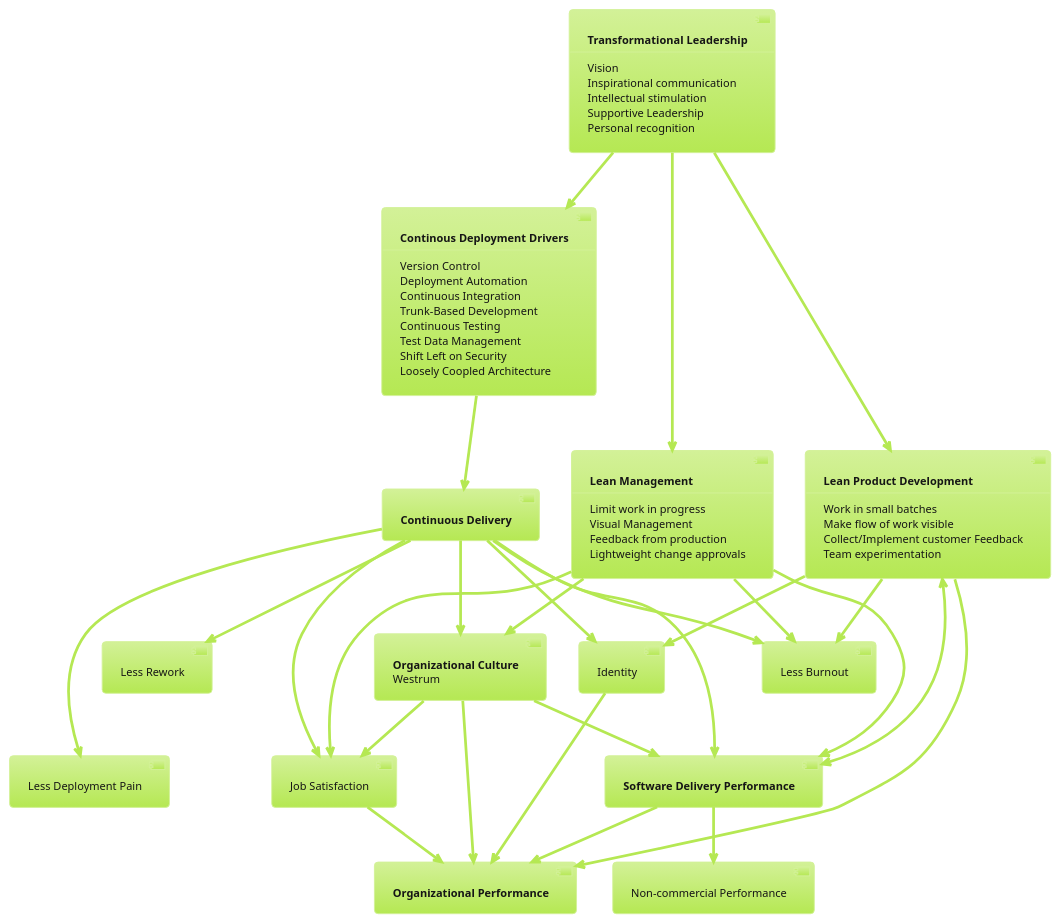
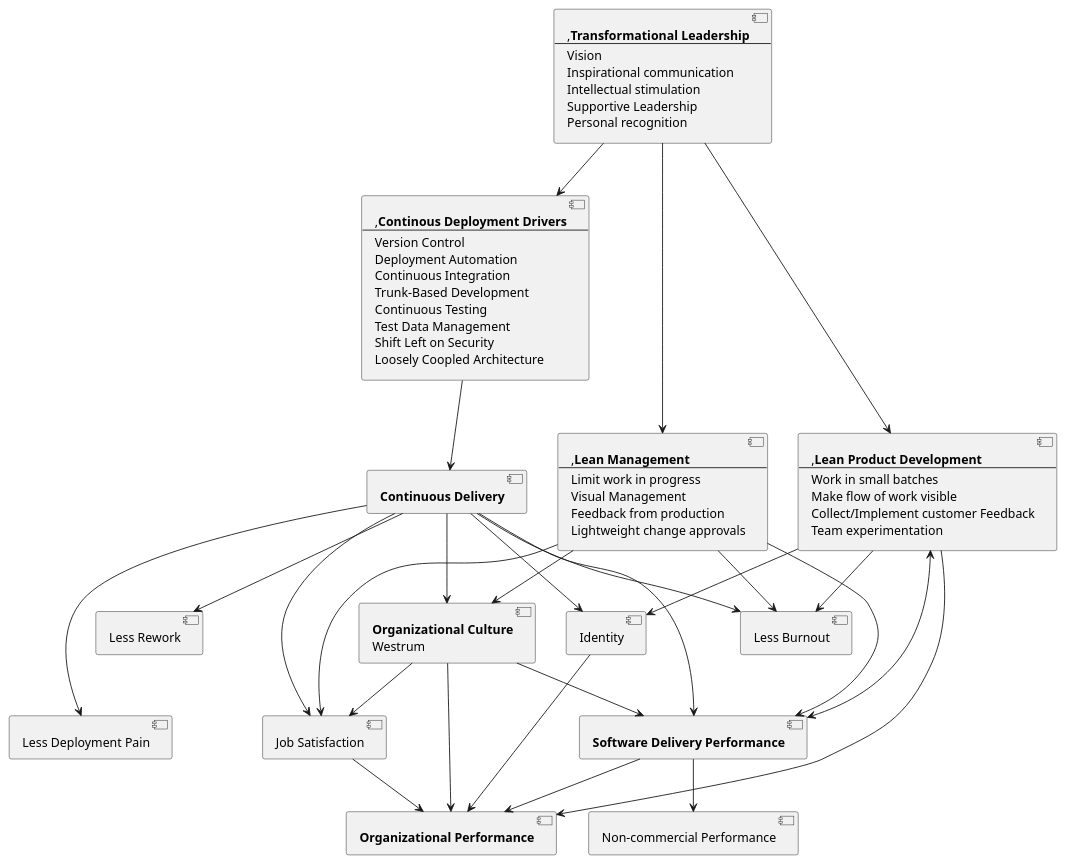
One commit to dorneanu/blog changed the first of 8 diagrams in org/blog.org. Above: the diagram before and after it, drawn with PlantUML. The commit also changed other lines of this file and 4 other files, not shown here.

```diff
--- a/org/blog.org
+++ b/org/blog.org
@@ -283,12 +283,13 @@
-#+begin_src plantuml :file ../static/posts/img/2021/accelerate-big-picture.png  :cmdline -charset UTF-8 :exports results
+#+begin_src plantuml :file ../static/posts/img/2021/accelerate-big-picture.png  :results file replace :cmdline -charset UTF-8 :exports none
 @startuml
 'left to right direction
+skinparam backgroundColor #FFFFFF
 top to bottom direction
-!theme hacker
+''!theme hacker
 
 
 component trans_leadership [
-    **Transformational Leadership**
+    ,**Transformational Leadership**
     ---
     Vision
     Inspirational communication
@@ -298,7 +299,7 @@
 ]
 
 component lm [
-    **Lean Management**
+    ,**Lean Management**
     ---
     Limit work in progress
     Visual Management
@@ -307,7 +308,7 @@
 ]
 
 component cd_drivers [
-    **Continous Deployment Drivers**
+    ,**Continous Deployment Drivers**
     ---
     Version Control
     Deployment Automation
@@ -320,7 +321,7 @@
 ]
 
 component lean_prod_dev [
-    **Lean Product Development**
+    ,**Lean Product Development**
     ---
     Work in small batches
     Make flow of work visible
```
